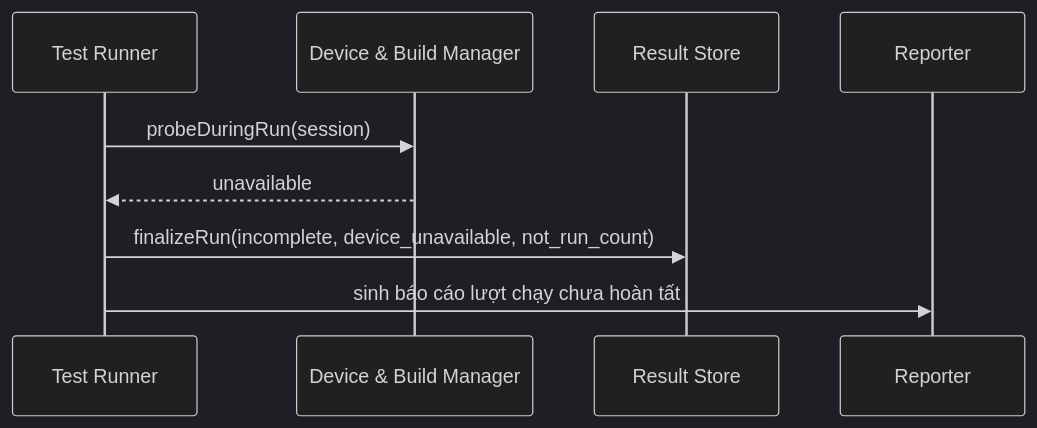
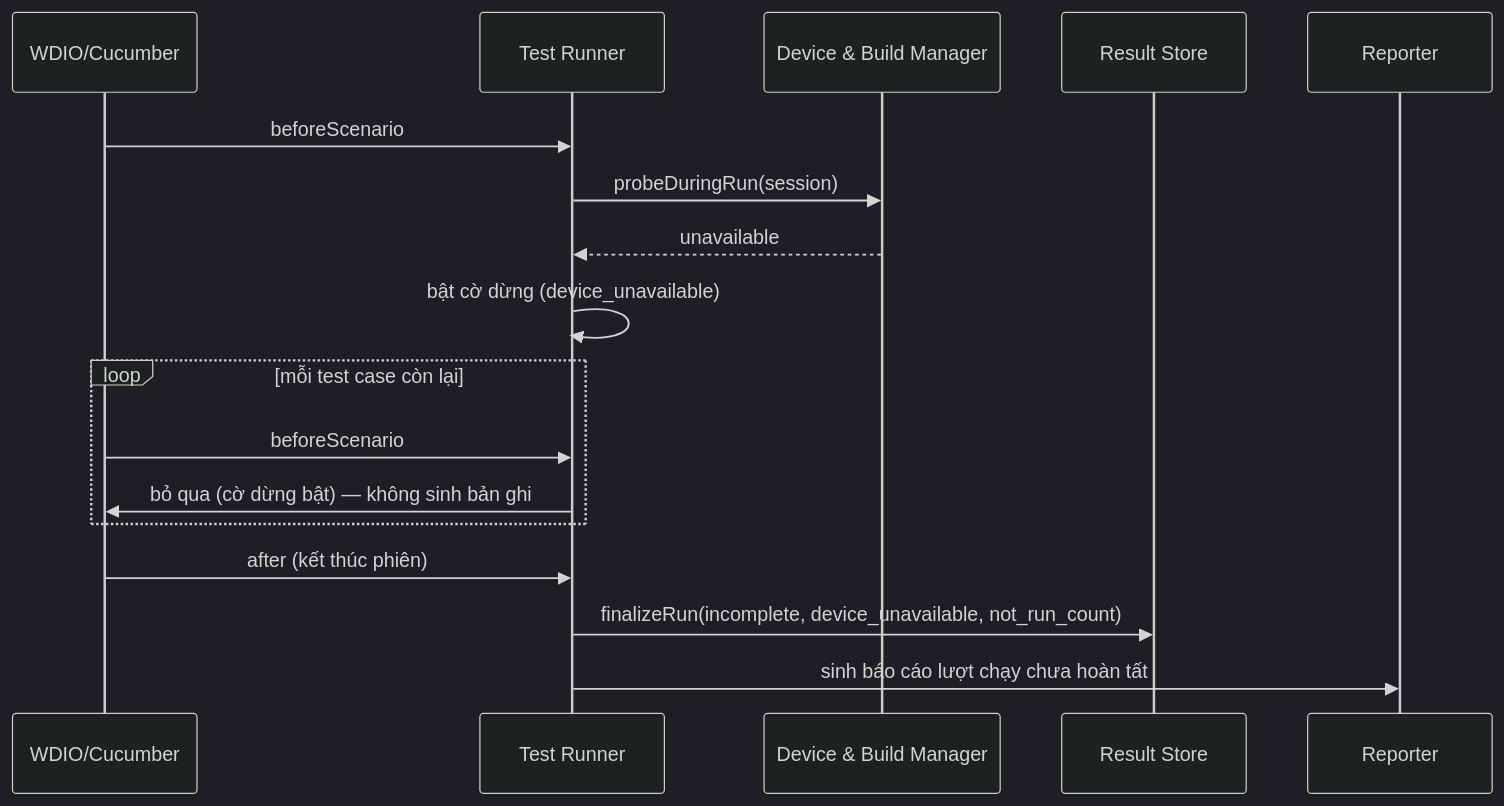
The third of 4 diagrams in docs/architecture/phase-1/sequence-diagrams.md (kytruongdev/aimtap), drawn with Mermaid (dark theme) before and after one commit. The commit also changed other lines of this file and 7 other files, not shown here.

````diff
--- a/docs/architecture/phase-1/sequence-diagrams.md
+++ b/docs/architecture/phase-1/sequence-diagrams.md
@@ -74,12 +79,20 @@
 ```mermaid
 sequenceDiagram
+    participant WDIO as WDIO/Cucumber
     participant Runner as Test Runner
     participant Dev as Device & Build Manager
     participant Store as Result Store
     participant Reporter
 
+    WDIO->>Runner: beforeScenario
     Runner->>Dev: probeDuringRun(session)
     Dev-->>Runner: unavailable
+    Runner->>Runner: bật cờ dừng (device_unavailable)
+    loop mỗi test case còn lại
+        WDIO->>Runner: beforeScenario
+        Runner->>WDIO: bỏ qua (cờ dừng bật) — không sinh bản ghi
+    end
+    WDIO->>Runner: after (kết thúc phiên)
     Runner->>Store: finalizeRun(incomplete, device_unavailable, not_run_count)
     Runner->>Reporter: sinh báo cáo lượt chạy chưa hoàn tất
 ```
````
